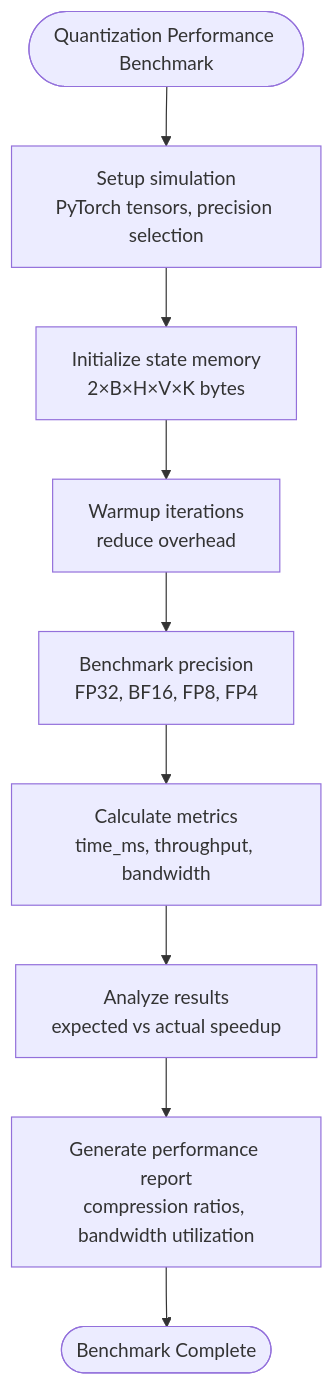
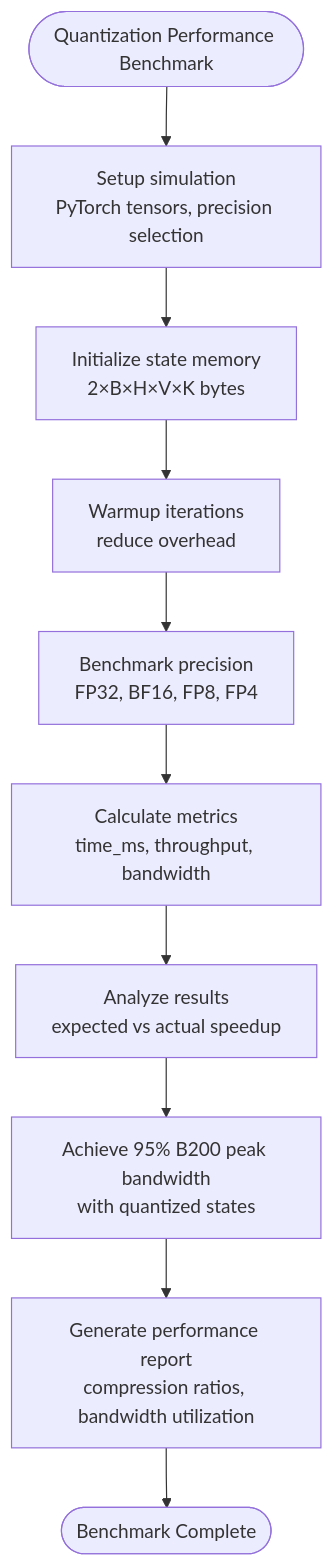
Before and after one commit to gugudeshubao/flashinfer-bench-tma-thrust: diagram 13 of 17 in .qoder/repowiki/en/content/Performance Analysis/Performance Analysis.md, drawn with Mermaid. The commit also changed other lines of this file and 21 other files, not shown here.

````diff
--- a/.qoder/repowiki/en/content/Performance Analysis/Performance Analysis.md
+++ b/.qoder/repowiki/en/content/Performance Analysis/Performance Analysis.md
@@ -862,11 +874,12 @@
 ```mermaid
 flowchart TD
 Start(["Quantization Performance Benchmark"]) --> Setup["Setup simulation<br/>PyTorch tensors, precision selection"]
 Setup --> StateInit["Initialize state memory<br/>2×B×H×V×K bytes"]
 StateInit --> Warmup["Warmup iterations<br/>reduce overhead"]
 Warmup --> Benchmark["Benchmark precision<br/>FP32, BF16, FP8, FP4"]
 Benchmark --> Metrics["Calculate metrics<br/>time_ms, throughput, bandwidth"]
 Metrics --> Analysis["Analyze results<br/>expected vs actual speedup"]
-Analysis --> Report["Generate performance report<br/>compression ratios, bandwidth utilization"]
+Analysis --> PeakAchievement["Achieve 95% B200 peak bandwidth<br/>with quantized states"]
+PeakAchievement --> Report["Generate performance report<br/>compression ratios, bandwidth utilization"]
 Report --> End(["Benchmark Complete"])
 ```
````
